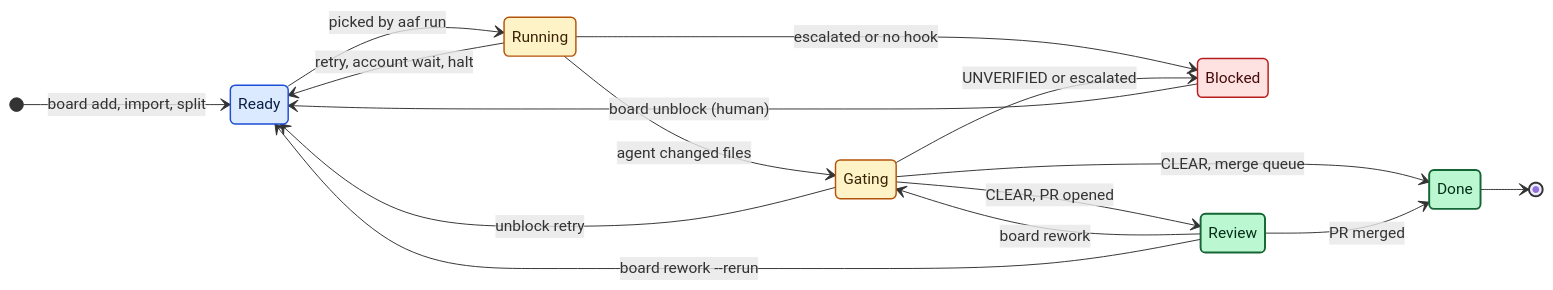
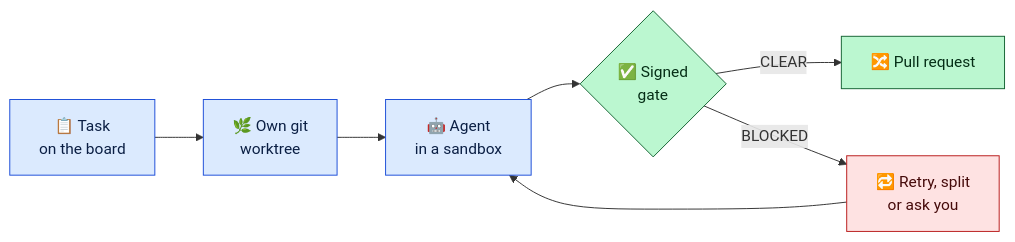
Before and after one commit to ToanMobile/AutoAgentFactory: the diagram in README.md, drawn with Mermaid. The commit also changed other lines of this file and 2 other files, not shown here.

````diff
--- a/README.md
+++ b/README.md
@@ -286,27 +21,16 @@
 ```mermaid
-stateDiagram-v2
-    direction LR
-    [*] --> Ready: board add, import, split
-    Ready --> Running: picked by aaf run
-    Running --> Gating: agent changed files
-    Running --> Ready: retry, account wait, halt
-    Running --> Blocked: escalated or no hook
-    Gating --> Review: CLEAR, PR opened
-    Gating --> Done: CLEAR, merge queue
-    Gating --> Ready: unblock retry
-    Gating --> Blocked: UNVERIFIED or escalated
-    Review --> Done: PR merged
-    Review --> Gating: board rework
-    Review --> Ready: board rework --rerun
-    Blocked --> Ready: board unblock (human)
-    Done --> [*]
+flowchart LR
+    A["📋 Task<br/>on the board"] --> B["🌿 Own git<br/>worktree"]
+    B --> C["🤖 Agent<br/>in a sandbox"]
+    C --> D{"✅ Signed<br/>gate"}
+    D -->|CLEAR| E["🔀 Pull request"]
+    D -->|BLOCKED| F["🔁 Retry, split<br/>or ask you"]
+    F --> C
 
-    classDef queued fill:#dbeafe,stroke:#1d4ed8,stroke-width:1.5px,color:#0b1f44
-    classDef working fill:#fef3c7,stroke:#b45309,stroke-width:1.5px,color:#3b2405
-    classDef good fill:#bbf7d0,stroke:#166534,stroke-width:2px,color:#052e16
-    classDef bad fill:#fee2e2,stroke:#b91c1c,stroke-width:1.5px,color:#450a0a
-    class Ready queued
-    class Running, Gating working
-    class Review, Done good
-    class Blocked bad
+    classDef step fill:#dbeafe,stroke:#1d4ed8,color:#0b1f44
+    classDef ok fill:#bbf7d0,stroke:#166534,color:#052e16
+    classDef bad fill:#fee2e2,stroke:#b91c1c,color:#450a0a
+    class A,B,C step
+    class D,E ok
+    class F bad
 ```
````
